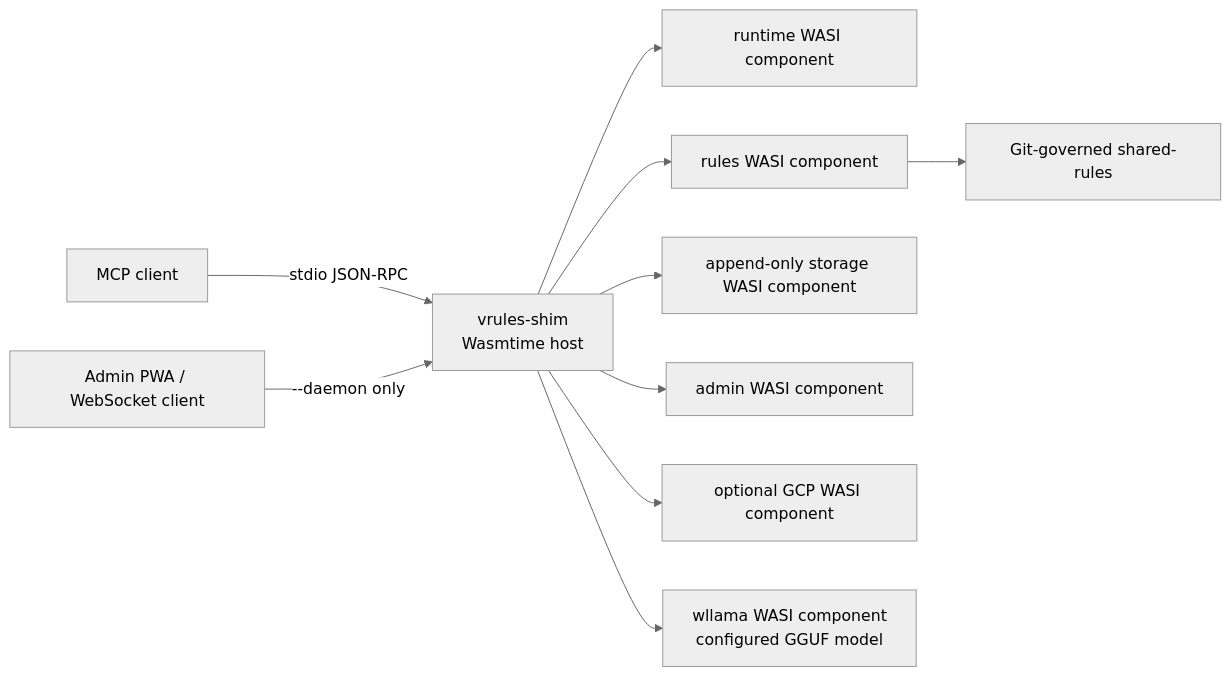
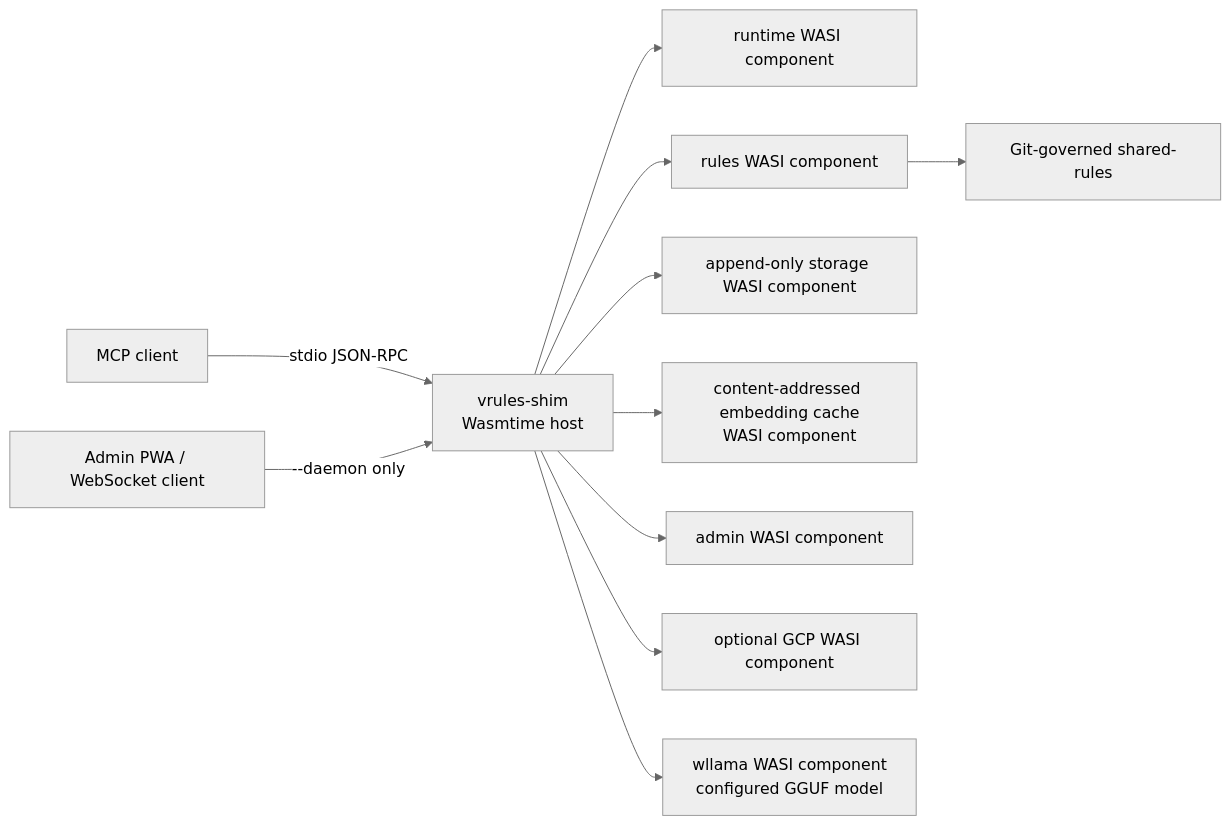
One commit to ops-ping/vector-rules changed the first of 2 diagrams in README.md. Above: the diagram before and after it, drawn with Mermaid (neutral theme). The commit also changed other lines of this file, not shown here.

Commit message:
Document cache and examples

````diff
--- a/README.md
+++ b/README.md
@@ -217,12 +217,13 @@
 ```mermaid
 flowchart LR
     Client["MCP client"] -->|stdio JSON-RPC| Host["vrules-shim<br/>Wasmtime host"]
     Browser["Admin PWA / WebSocket client"] -->|--daemon only| Host
     Host --> Runtime["runtime WASI component"]
     Host --> Rules["rules WASI component"]
     Host --> Storage["append-only storage WASI component"]
+    Host --> Cache["content-addressed embedding cache<br/>WASI component"]
     Host --> Admin["admin WASI component"]
     Host --> GCP["optional GCP WASI component"]
     Host --> Embedding["wllama WASI component<br/>configured GGUF model"]
     Rules --> Repo["Git-governed shared-rules"]
 ```
````
